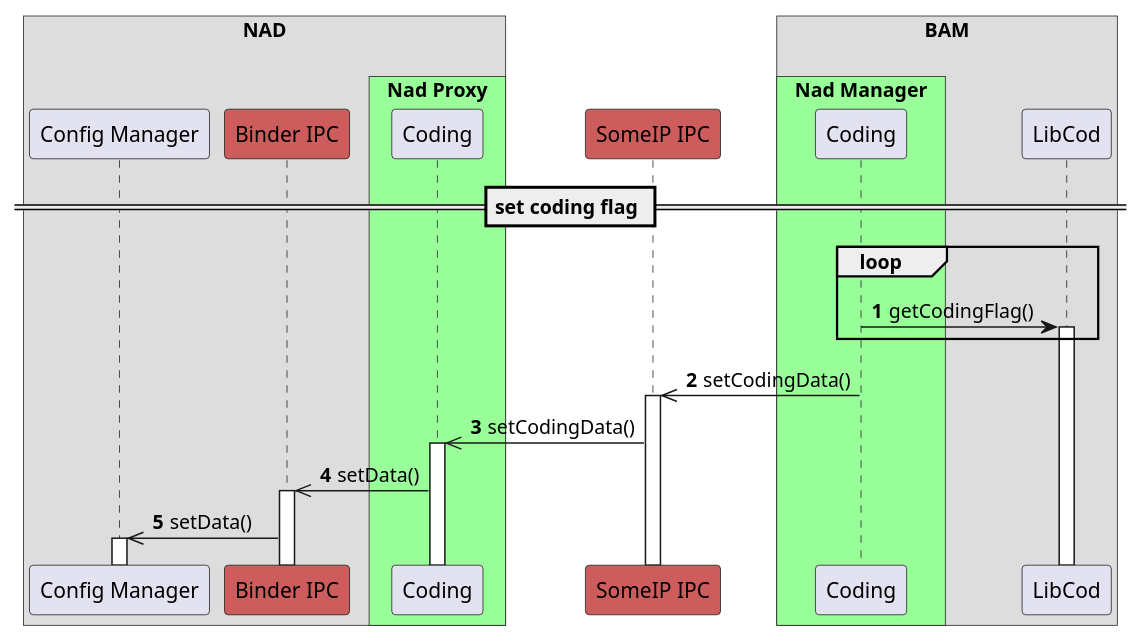
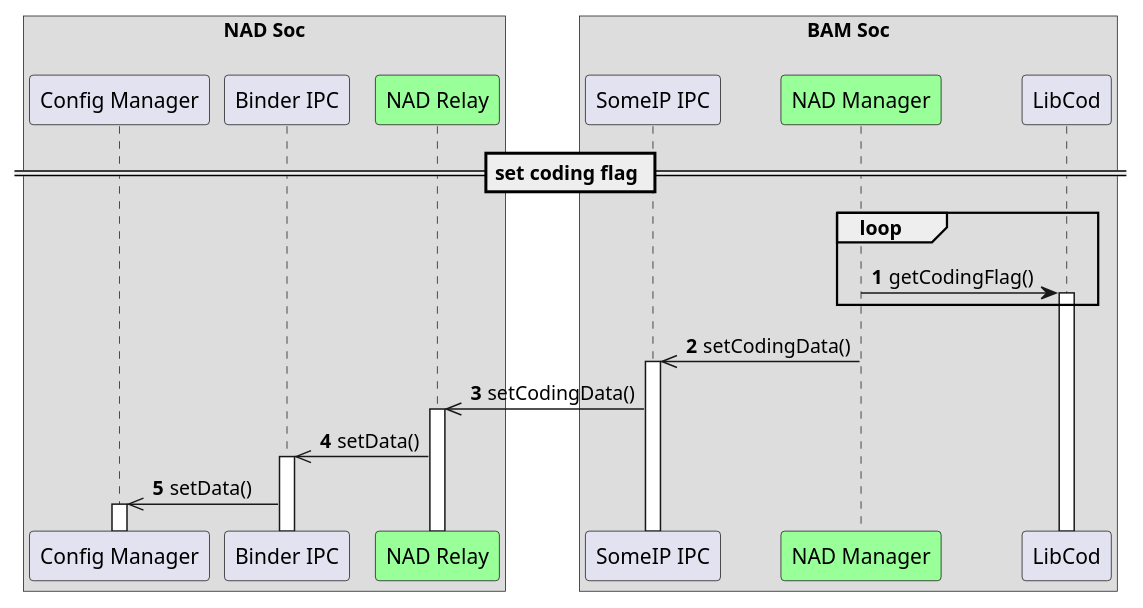
The diagram in doc/SA cert/Design/figures/sequence_diagram/coding.wsd (taikt/codefun), drawn with PlantUML before and after one commit. The commit also changed 18 other files, not shown here.

```diff
--- a/doc/SA cert/Design/figures/sequence_diagram/coding.wsd
+++ b/doc/SA cert/Design/figures/sequence_diagram/coding.wsd
@@ -2,44 +2,45 @@
 @startuml
 !pragma teoz true
 autonumber
 
 autoactivate on
-box "NAD\n"
+box "NAD Soc\n"
 
     participant "Config Manager" as config
 
-    participant "Binder IPC" as bin #IndianRed
+    participant "Binder IPC" as bin 
 
-    box "Nad Proxy" #99FF99
+    
  
-    participant "Coding" as code_pro
-    end box
+    participant "NAD Relay" as code_pro #99FF99
+   
 end box
 
-    participant "SomeIP IPC" as sip #IndianRed
+    
 
-box "BAM\n"
+box "BAM Soc\n"
+    participant "SomeIP IPC" as sip 
 
-    box "Nad Manager" #99FF99
-    participant "Coding" as nadm
-    end box
+  
+    participant "NAD Manager" as nadm #99FF99
+  
 
     participant "LibCod" as lib
 
 end box
 
 
 
 == set coding flag ==
     loop 
     nadm -> lib: getCodingFlag()
     end loop
  
     nadm ->> sip: setCodingData()
     sip ->> code_pro: setCodingData()
     code_pro ->> bin: setData()
     bin ->> config: setData()
 
 
 
 @enduml
```
